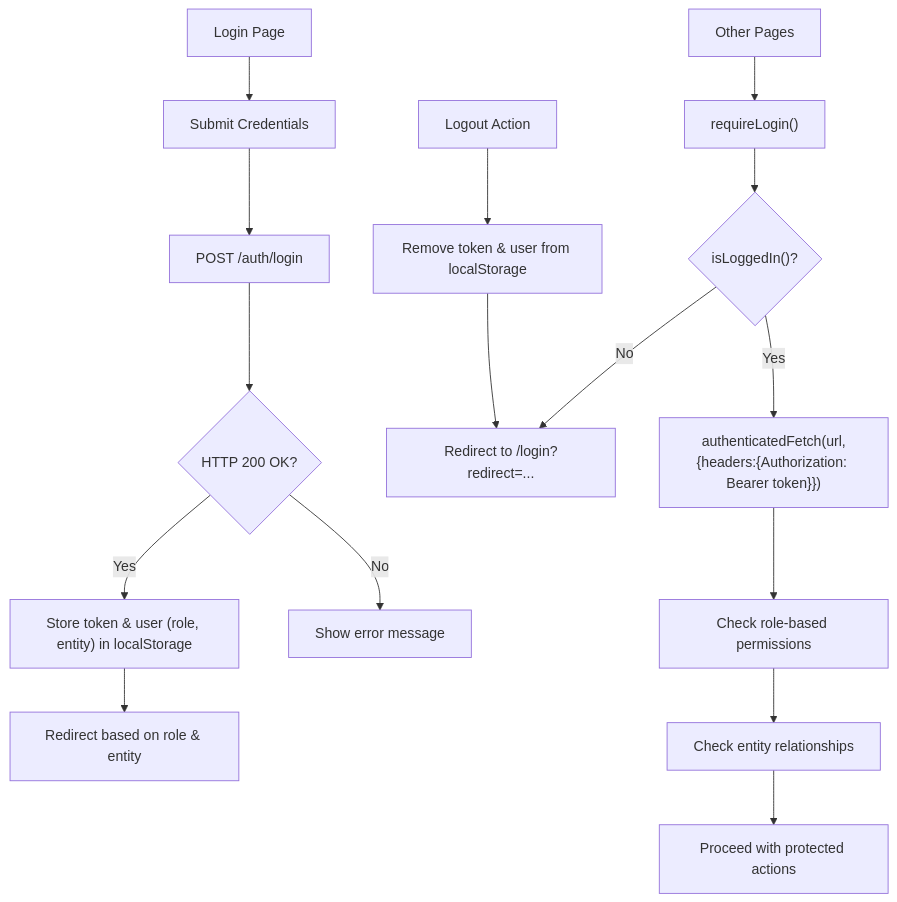
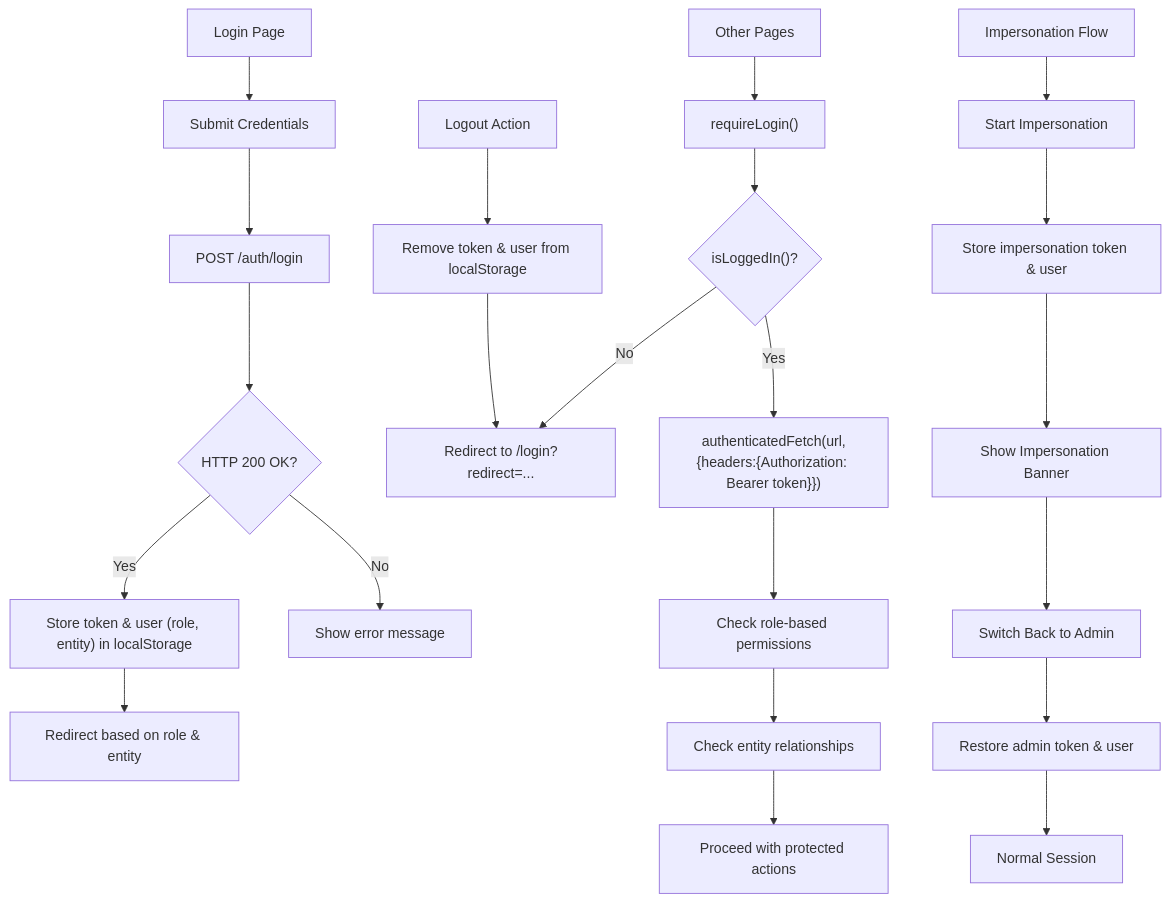
The seventh of 12 diagrams in .qoder/repowiki/en/content/Authentication & Authorization System/Authentication & Authorization System.md (luiseduacosta/nodemural), drawn with Mermaid before and after one commit. The commit also changed other lines of this file and 30 other files, not shown here.

Commit message:
Update tables schema.

````diff
--- a/.qoder/repowiki/en/content/Authentication & Authorization System/Authentication & Authorization System.md
+++ b/.qoder/repowiki/en/content/Authentication & Authorization System/Authentication & Authorization System.md
@@ -347,18 +407,24 @@
 ```mermaid
 flowchart TD
 LoginPage["Login Page"] --> Submit["Submit Credentials"]
 Submit --> FetchLogin["POST /auth/login"]
 FetchLogin --> Ok{"HTTP 200 OK?"}
 Ok --> |Yes| Store["Store token & user (role, entity) in localStorage"]
 Store --> Redirect["Redirect based on role & entity"]
 Ok --> |No| ShowError["Show error message"]
 App["Other Pages"] --> RequireLogin["requireLogin()"]
 RequireLogin --> LoggedIn{"isLoggedIn()?"}
 LoggedIn --> |No| GoLogin["Redirect to /login?redirect=..."]
 LoggedIn --> |Yes| AuthFetch["authenticatedFetch(url,{headers:{Authorization: Bearer token}})"]
 AuthFetch --> CheckRole["Check role-based permissions"]
 CheckRole --> EntityCheck["Check entity relationships"]
 EntityCheck --> Proceed["Proceed with protected actions"]
 Logout["Logout Action"] --> Clear["Remove token & user from localStorage"]
 Clear --> GoLogin
+Impersonation["Impersonation Flow"] --> Start["Start Impersonation"]
+Start --> StoreImp["Store impersonation token & user"]
+StoreImp --> Banner["Show Impersonation Banner"]
+Banner --> SwitchBack["Switch Back to Admin"]
+SwitchBack --> Restore["Restore admin token & user"]
+Restore --> Normal["Normal Session"]
 ```
````
